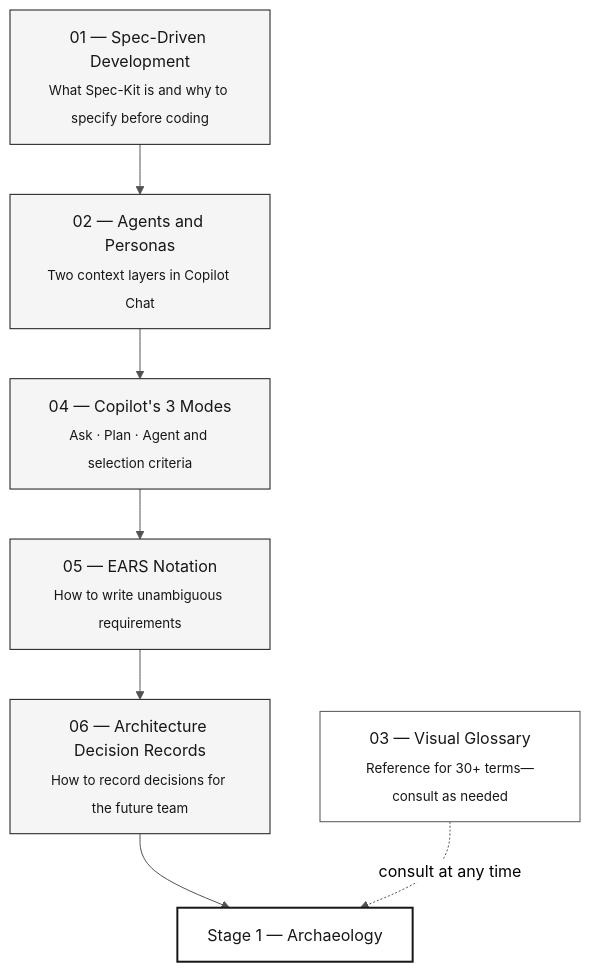
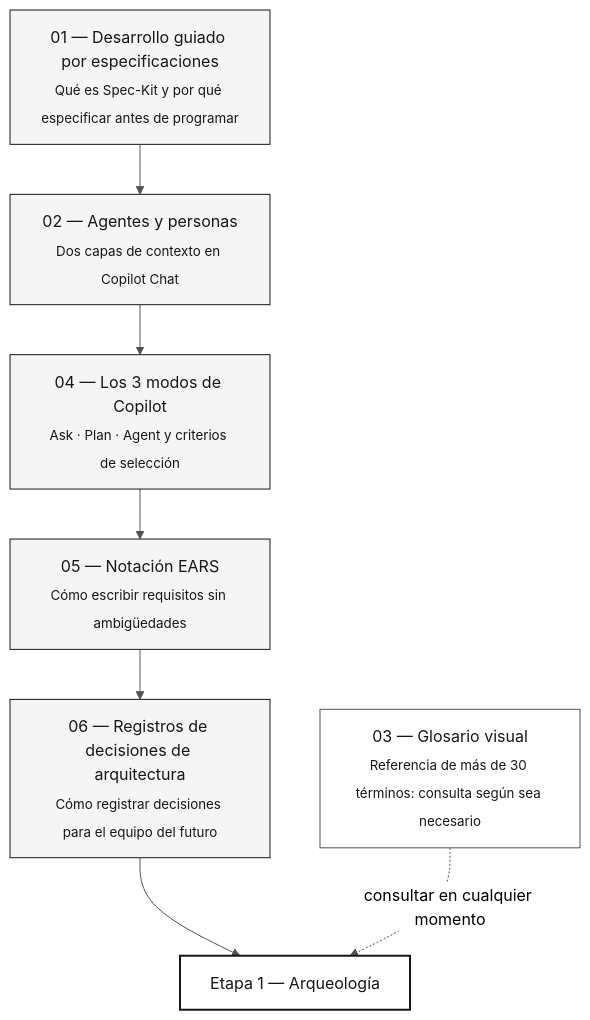
Before and after one commit to paulasilvatech/datacorp-sifap-team-kit-pt-br: the diagram in 07-concepts/00-README.md, drawn with Mermaid. The commit also changed other lines of this file and 386 other files, not shown here.

````diff
--- a/07-concepts/00-README.md
+++ b/07-concepts/00-README.md
@@ -32,18 +32,18 @@
 ```mermaid
 %%{init: {'theme':'neutral','themeVariables':{'fontFamily':'ui-sans-serif, system-ui, sans-serif','primaryColor':'#F5F5F5','primaryTextColor':'#171717','primaryBorderColor':'#171717','lineColor':'#525252','secondaryColor':'#FFFFFF','tertiaryColor':'#FAFAFA','background':'#FFFFFF'}}}%%
 flowchart TD
     classDef step fill:#F5F5F5,stroke:#171717,color:#171717
     classDef tool fill:#FFFFFF,stroke:#525252,color:#171717
     classDef result fill:#FFFFFF,stroke:#171717,color:#171717,stroke-width:2px
 
-    A["01 — Spec-Driven Development<br/><sub>What Spec-Kit is and why to specify before coding</sub>"]:::step
-    B["02 — Agents and Personas<br/><sub>Two context layers in Copilot Chat</sub>"]:::step
-    C["04 — Copilot's 3 Modes<br/><sub>Ask · Plan · Agent and selection criteria</sub>"]:::step
-    D["03 — Visual Glossary<br/><sub>Reference for 30+ terms—consult as needed</sub>"]:::tool
-    E["05 — EARS Notation<br/><sub>How to write unambiguous requirements</sub>"]:::step
-    F["06 — Architecture Decision Records<br/><sub>How to record decisions for the future team</sub>"]:::step
-    G["Stage 1 — Archaeology"]:::result
+    A["01 — Desarrollo guiado por especificaciones<br/><sub>Qué es Spec-Kit y por qué especificar antes de programar</sub>"]:::step
+    B["02 — Agentes y personas<br/><sub>Dos capas de contexto en Copilot Chat</sub>"]:::step
+    C["04 — Los 3 modos de Copilot<br/><sub>Ask · Plan · Agent y criterios de selección</sub>"]:::step
+    D["03 — Glosario visual<br/><sub>Referencia de más de 30 términos: consulta según sea necesario</sub>"]:::tool
+    E["05 — Notación EARS<br/><sub>Cómo escribir requisitos sin ambigüedades</sub>"]:::step
+    F["06 — Registros de decisiones de arquitectura<br/><sub>Cómo registrar decisiones para el equipo del futuro</sub>"]:::step
+    G["Etapa 1 — Arqueología"]:::result
 
     A --> B --> C --> E --> F --> G
-    D -. "consult at any time" .-> G
+    D -. "consultar en cualquier momento" .-> G
 ```
````
